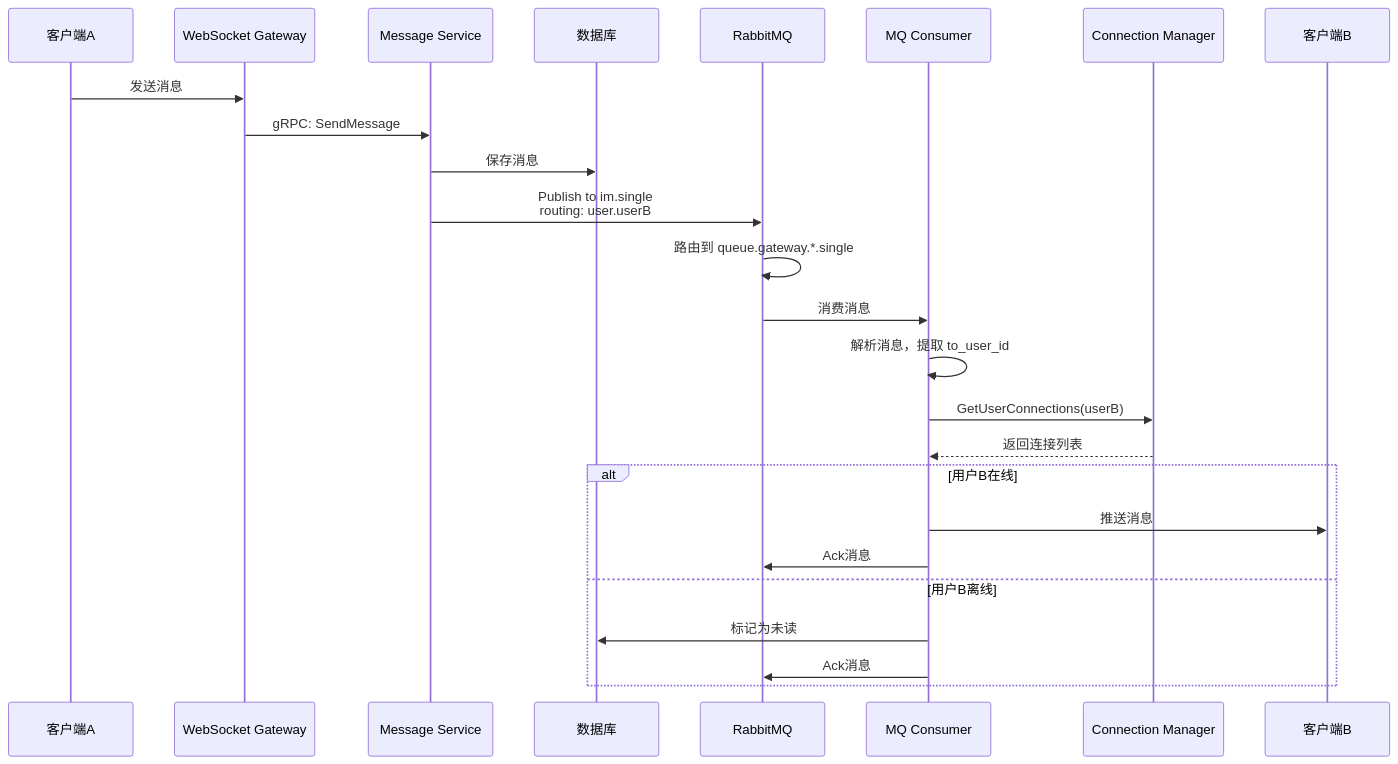
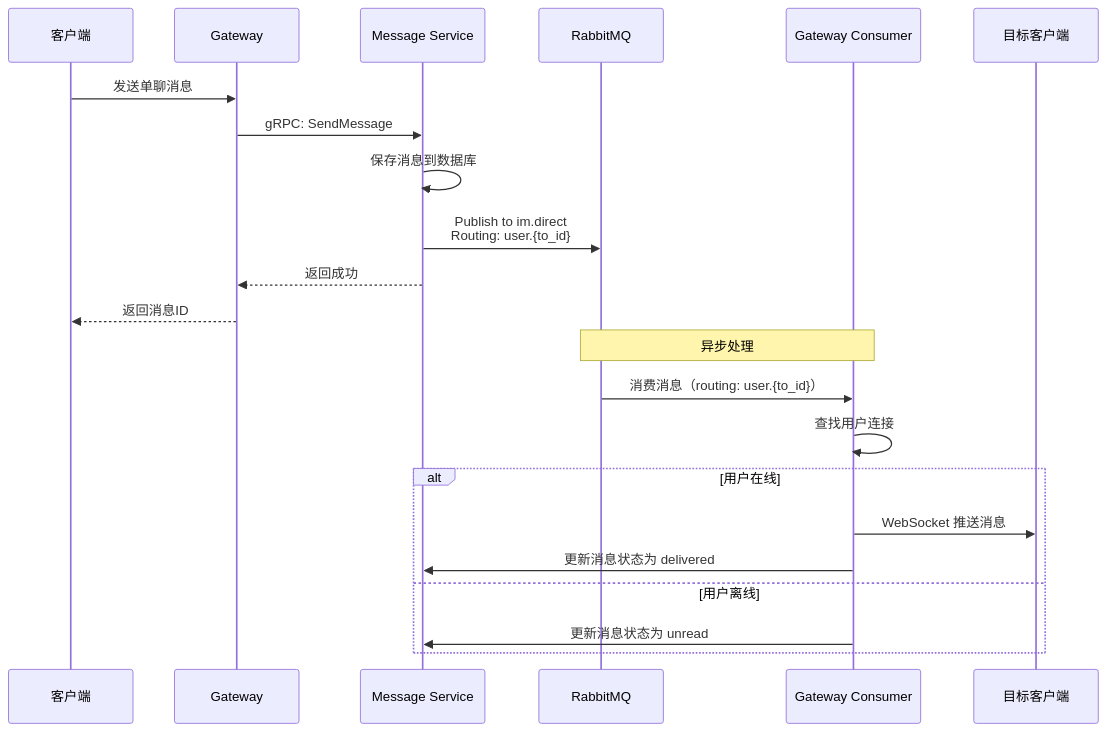
One commit to HappyLadySauce/Beehive changed the second of 3 diagrams in docs/dev/03-消息队列设计.md. Above: the diagram before and after it, drawn with Mermaid. The commit also changed other lines of this file and 19 other files, not shown here.

````diff
--- a/docs/dev/03-消息队列设计.md
+++ b/docs/dev/03-消息队列设计.md
@@ -413,28 +99,26 @@
 ```mermaid
 sequenceDiagram
-    participant Client as 客户端A
-    participant Gateway as WebSocket Gateway
+    participant Client as 客户端
+    participant Gateway as Gateway
     participant MsgSvc as Message Service
-    participant DB as 数据库
     participant MQ as RabbitMQ
-    participant Consumer as MQ Consumer
-    participant ConnMgr as Connection Manager
-    participant TargetClient as 客户端B
+    participant Consumer as Gateway Consumer
+    participant Target as 目标客户端
     
-    Client->>Gateway: 发送消息
+    Client->>Gateway: 发送单聊消息
     Gateway->>MsgSvc: gRPC: SendMessage
-    MsgSvc->>DB: 保存消息
-    MsgSvc->>MQ: Publish to im.single<br/>routing: user.userB
-    MQ->>MQ: 路由到 queue.gateway.*.single
-    MQ->>Consumer: 消费消息
-    Consumer->>Consumer: 解析消息，提取 to_user_id
-    Consumer->>ConnMgr: GetUserConnections(userB)
-    ConnMgr-->>Consumer: 返回连接列表
-    alt 用户B在线
-        Consumer->>TargetClient: 推送消息
-        Consumer->>MQ: Ack消息
-    else 用户B离线
-        Consumer->>DB: 标记为未读
-        Consumer->>MQ: Ack消息
+    MsgSvc->>MsgSvc: 保存消息到数据库
+    MsgSvc->>MQ: Publish to im.direct<br/>Routing: user.{to_id}
+    MsgSvc-->>Gateway: 返回成功
+    Gateway-->>Client: 返回消息ID
+    
+    Note over MQ,Consumer: 异步处理
+    MQ->>Consumer: 消费消息（routing: user.{to_id}）
+    Consumer->>Consumer: 查找用户连接
+    alt 用户在线
+        Consumer->>Target: WebSocket 推送消息
+        Consumer->>MsgSvc: 更新消息状态为 delivered
+    else 用户离线
+        Consumer->>MsgSvc: 更新消息状态为 unread
     end
 ```
````
